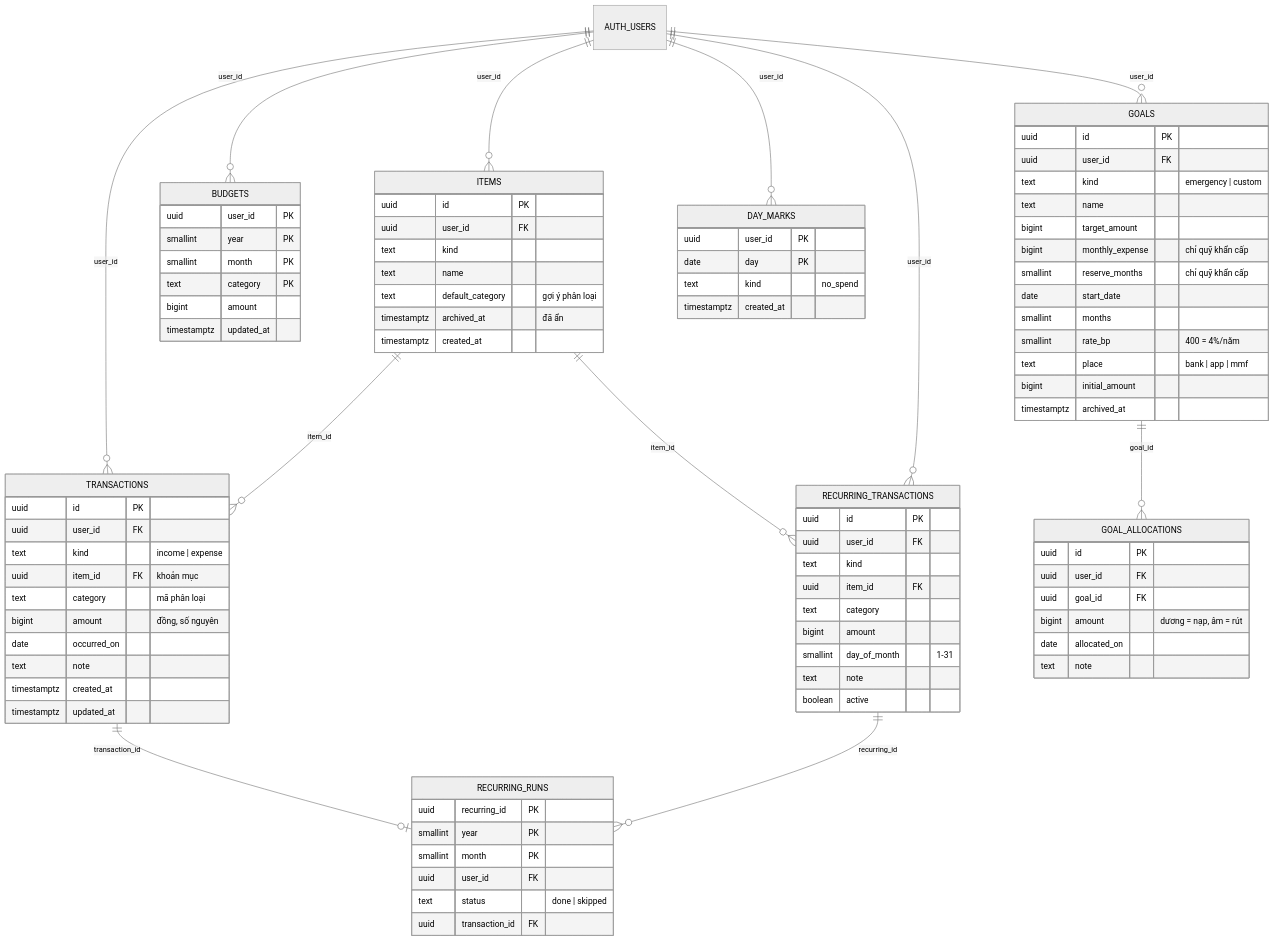
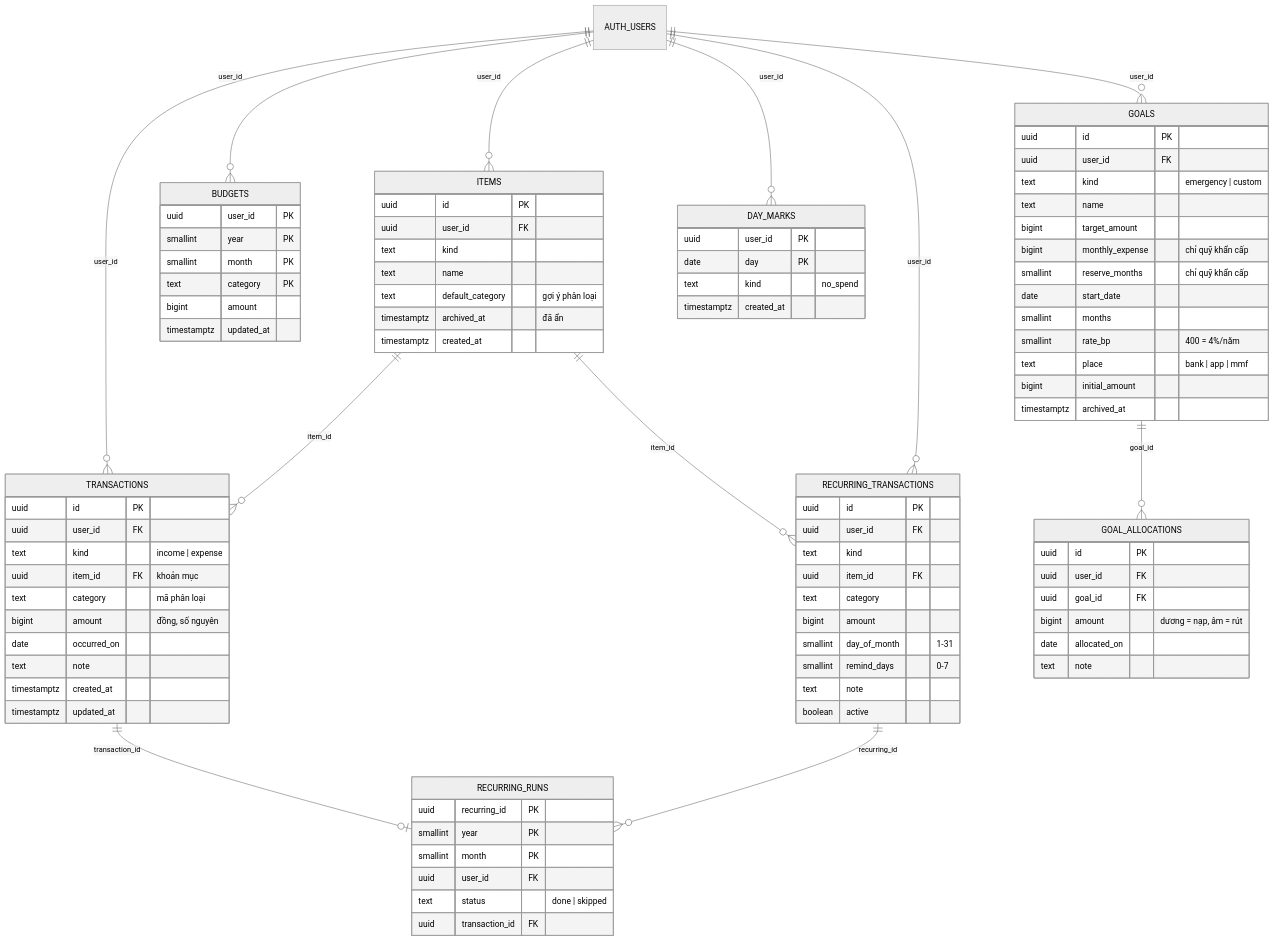
Before and after one commit to tienhuynh100904-lang/ct9-personal-finance: the diagram in docs/database.md, drawn with Mermaid (neutral theme). The commit also changed other lines of this file and 9 other files, not shown here.

Commit message:
feat: add remind_days functionality for recurring transactions

```diff
--- a/docs/database.md
+++ b/docs/database.md
@@ -133,6 +133,7 @@
         text category
         bigint amount
         smallint day_of_month "1-31"
+        smallint remind_days "0-7"
         text note
         boolean active
     }
```
